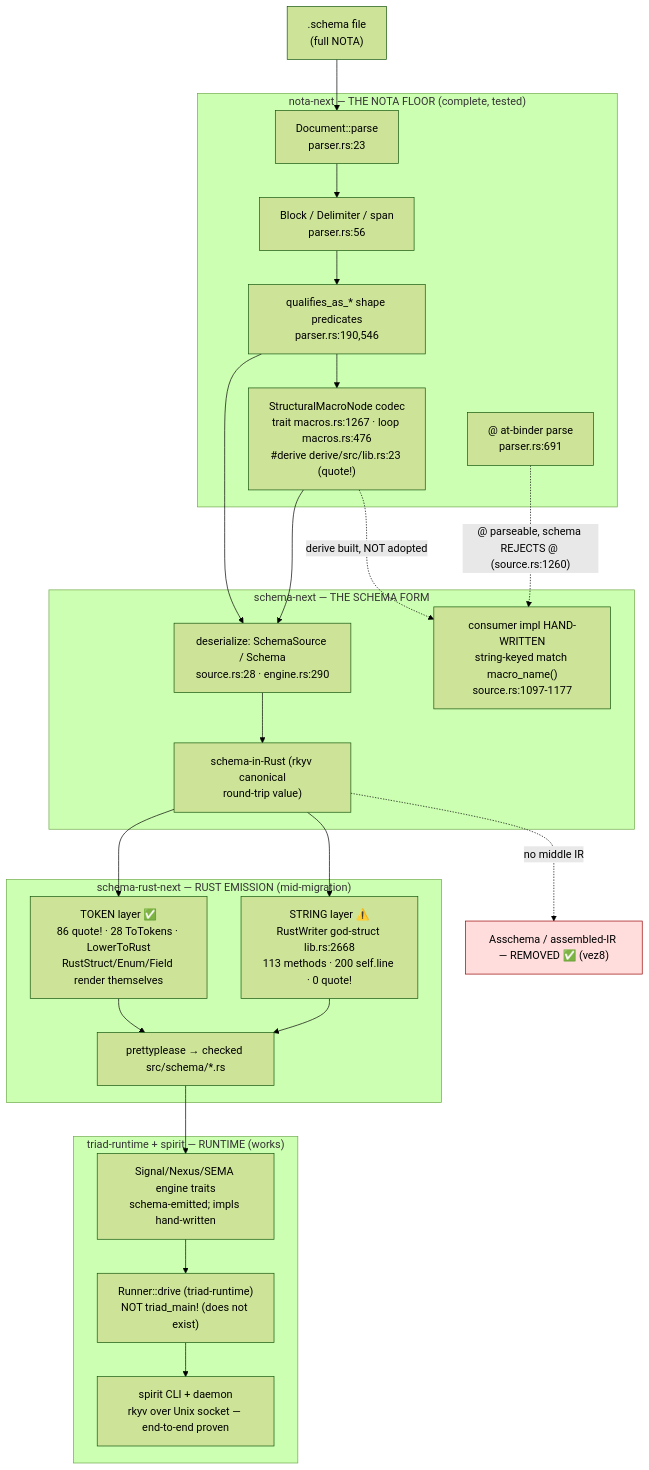
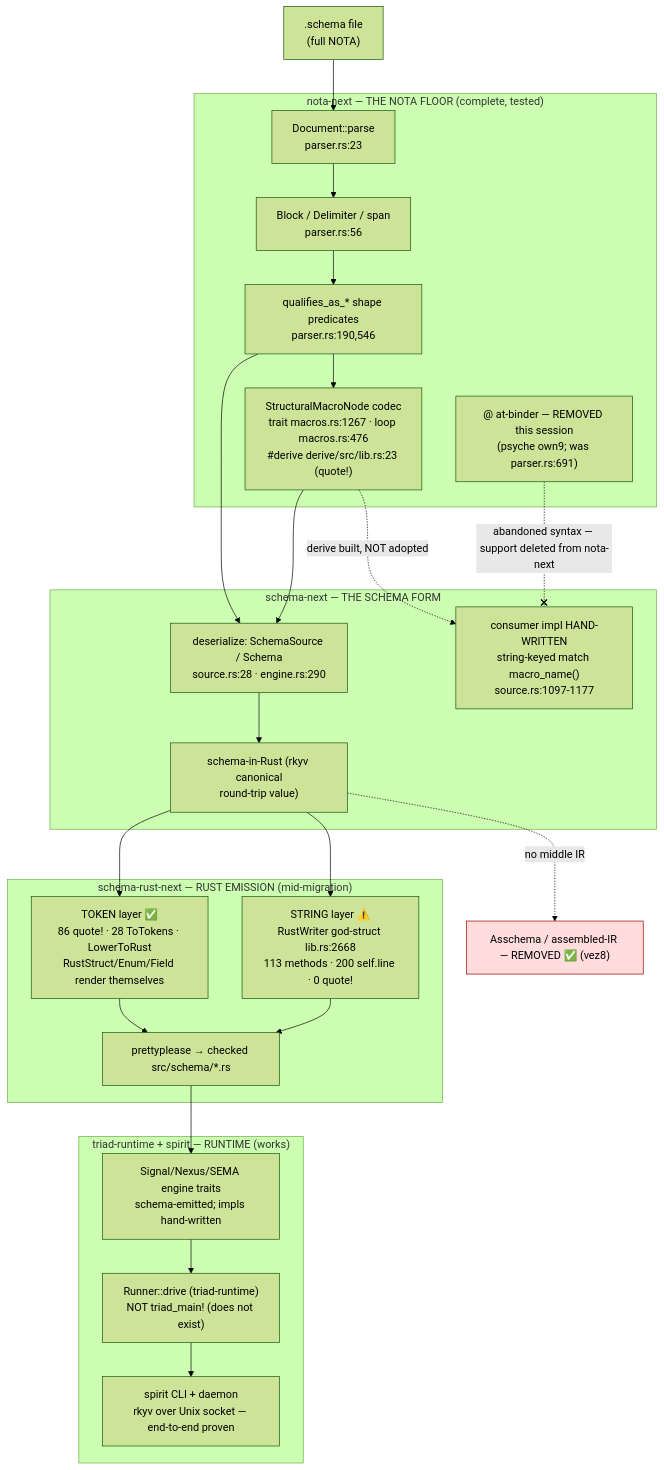
The first of 2 diagrams in reports/operator/327-schema-nota-triad-study/6-overview.md (LiGoldragon/primary), drawn with Mermaid (forest theme) before and after one commit. The commit also changed other lines of this file, not shown here.

First line of the commit message:
operator 327: at-binder removed in nota-next; overview Gap 4 updated

````diff
--- a/reports/operator/327-schema-nota-triad-study/6-overview.md
+++ b/reports/operator/327-schema-nota-triad-study/6-overview.md
@@ -45,42 +45,42 @@
 ```mermaid
 flowchart TD
     S[".schema file<br/>(full NOTA)"]
     subgraph nota["nota-next — THE NOTA FLOOR (complete, tested)"]
         P["Document::parse<br/>parser.rs:23"]
         B["Block / Delimiter / span<br/>parser.rs:56"]
         Q["qualifies_as_* shape predicates<br/>parser.rs:190,546"]
         SMN["StructuralMacroNode codec<br/>trait macros.rs:1267 · loop macros.rs:476<br/>#derive derive/src/lib.rs:23 (quote!)"]
-        AT["@ at-binder parse<br/>parser.rs:691"]
+        AT["@ at-binder — REMOVED this session<br/>(psyche own9; was parser.rs:691)"]
     end
     subgraph schema["schema-next — THE SCHEMA FORM"]
         DES["deserialize: SchemaSource / Schema<br/>source.rs:28 · engine.rs:290"]
         SIR["schema-in-Rust (rkyv canonical<br/>round-trip value)"]
         HW["consumer impl HAND-WRITTEN<br/>string-keyed match macro_name()<br/>source.rs:1097-1177"]
     end
     subgraph rust["schema-rust-next — RUST EMISSION (mid-migration)"]
         TOK["TOKEN layer ✅<br/>86 quote! · 28 ToTokens · LowerToRust<br/>RustStruct/Enum/Field render themselves"]
         STR["STRING layer ⚠️<br/>RustWriter god-struct lib.rs:2668<br/>113 methods · 200 self.line · 0 quote!"]
         PP["prettyplease → checked src/schema/*.rs"]
     end
     subgraph run["triad-runtime + spirit — RUNTIME (works)"]
         ENG["Signal/Nexus/SEMA engine traits<br/>schema-emitted; impls hand-written"]
         RUN["Runner::drive (triad-runtime)<br/>NOT triad_main! (does not exist)"]
         BIN["spirit CLI + daemon<br/>rkyv over Unix socket — end-to-end proven"]
     end
 
     S --> P --> B --> Q --> SMN
     SMN -. "derive built, NOT adopted" .-> HW
-    AT -. "@ parseable, schema REJECTS @ (source.rs:1260)" .-> HW
+    AT -. "abandoned syntax — support deleted from nota-next" .-x HW
     DES --> SIR
     Q --> DES
     SMN --> DES
     SIR --> TOK
     SIR --> STR
     TOK --> PP
     STR --> PP
     PP --> ENG --> RUN --> BIN
 
     RM["Asschema / assembled-IR — REMOVED ✅ (vez8)"]:::gone
     SIR -.->|"no middle IR"| RM
     classDef gone fill:#fdd,stroke:#900;
 ```
````
